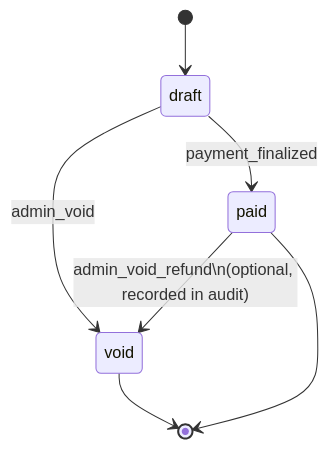
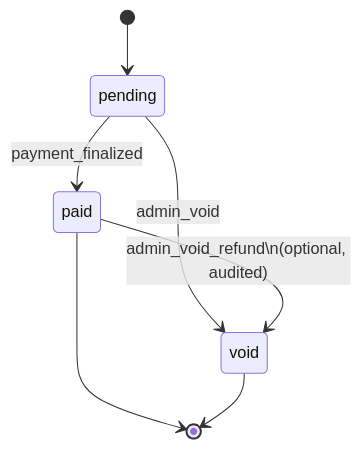
The second of 4 diagrams in docs/03-data-model.md (Purinat33/hpc_flask), drawn with Mermaid before and after one commit. The commit also changed other lines of this file, not shown here.

````diff
--- a/docs/03-data-model.md
+++ b/docs/03-data-model.md
@@ -132,9 +136,9 @@
 ```mermaid
 stateDiagram-v2
-  [*] --> draft
-  draft --> paid: payment_finalized
-  draft --> void: admin_void
-  paid --> void: admin_void_refund\n(optional, recorded in audit)
+  [*] --> pending
+  pending --> paid: payment_finalized
+  pending --> void: admin_void
+  paid --> void: admin_void_refund\n(optional, audited)
+  paid --> [*]
   void --> [*]
-  paid --> [*]
 ```
````
